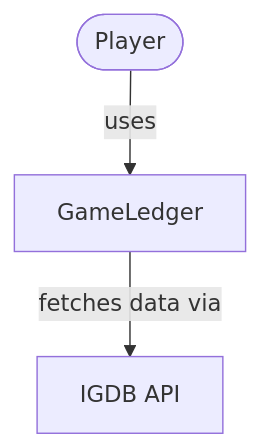
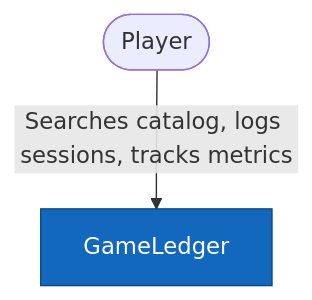
One commit to DavLien/cen5064-project-liendo changed the first of 4 diagrams in README.md. Above: the diagram before and after it, drawn with Mermaid. The commit also changed other lines of this file, not shown here.

First line of the commit message:
Overwrite README.md to fit GameLedger scope

````diff
--- a/README.md
+++ b/README.md
@@ -39,6 +66,6 @@
 ```mermaid
-%% Replace this placeholder with YOUR system's context diagram.
 flowchart TB
-    user([Player]) -->|uses| system[GameLedger]
-    system -->|fetches data via| api[IGDB API]
+    user([Player]) -->|Searches catalog, logs sessions, tracks metrics| system[GameLedger]
+
+    style system fill:#1168bd,stroke:#0b4884,color:#ffffff
 ```
````
